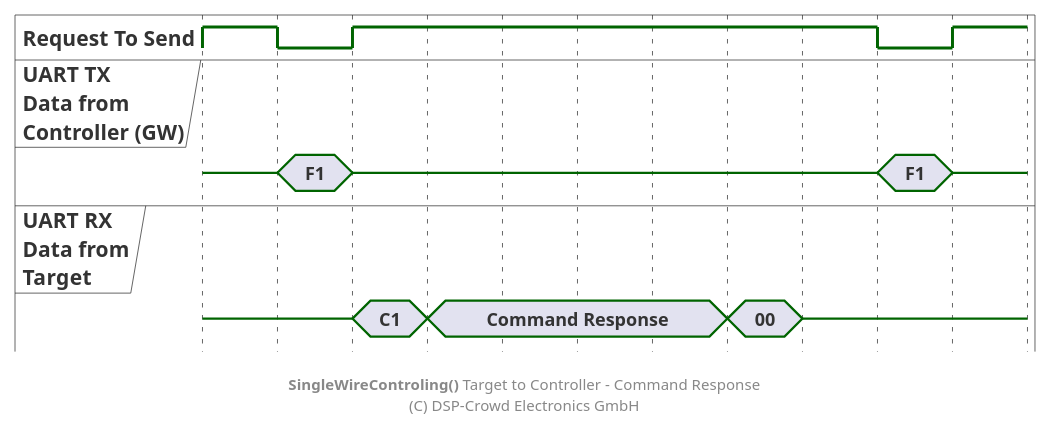
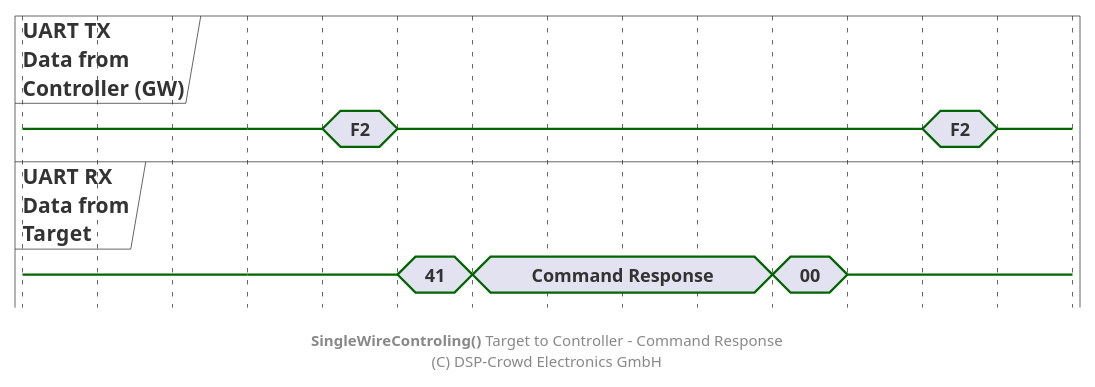
One commit to NoOrientationProgramming/code-orb changed the diagram in doc/system/protocol/A2_swt-target-to-ctrl_cmd-resp.pu. Above: the diagram before and after it, drawn with PlantUML. The commit also changed 15 other files, not shown here.

```diff
--- a/doc/system/protocol/A2_swt-target-to-ctrl_cmd-resp.pu
+++ b/doc/system/protocol/A2_swt-target-to-ctrl_cmd-resp.pu
@@ -2,42 +2,40 @@
 @startuml
 
 hide time-axis
 
-binary "Request To Send" as rts
 concise "UART TX\nData from\nController (GW)" as ctrl
 concise "UART RX\nData from\nTarget" as tar
 
 @0
-rts is 1
+ctrl is {-}
+tar is {-}
+
+@+60
 ctrl is {-}
 tar is {-}
 
 @+20
-rts is 0
-ctrl is "F1"
+ctrl is "F2"
 
 @+20
-rts is 1
 ctrl is {-}
-tar is "C1"
+tar is "41"
 
 @+20
 tar is "Command Response"
 
 @+80
 tar is "00"
 
 @+20
 tar is {-}
 
 @+20
-rts is 0
-ctrl is "F1"
+ctrl is "F2"
 
 @+20
-rts is 1
 ctrl is {-}
 
 footer **SingleWireControling()** Target to Controller - Command Response\n(C) DSP-Crowd Electronics GmbH
 
 @enduml
```
